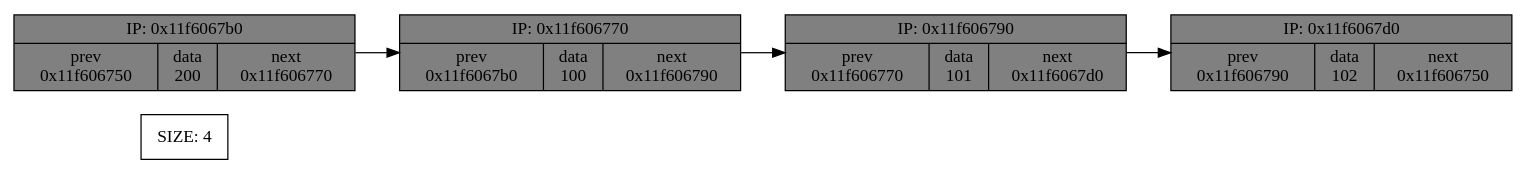
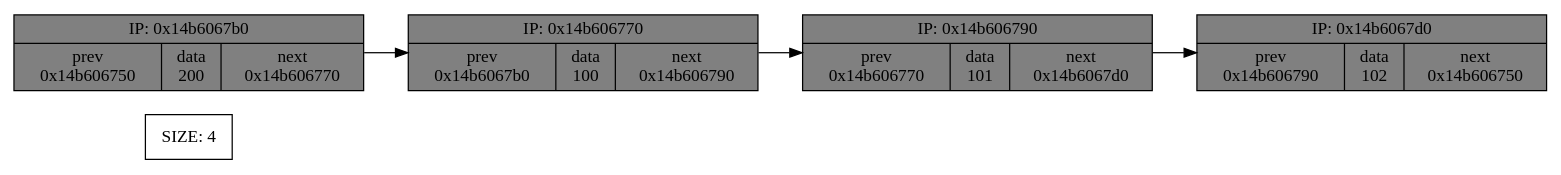
Before and after one commit to AlekseiSeverin03/list_pointer: the diagram in dump.dot, drawn with Graphviz. The commit also changed 3 other files, not shown here.

```diff
--- a/dump.dot
+++ b/dump.dot
@@ -1,13 +1,13 @@
 digraph List
 {
 	rankdir = LR;
 	size [shape = record, label = "SIZE: 4", fillcolor = "green"];
 node [shape = record, style = filled];
-p0x11f6067b0 [label = "IP: 0x11f6067b0 | { prev\n 0x11f606750 | data\n 200 | next\n0x11f606770 } ", fillcolor = "grey"];
-p0x11f606770 [label = "IP: 0x11f606770 | { prev\n 0x11f6067b0 | data\n 100 | next\n0x11f606790 } ", fillcolor = "grey"];
-p0x11f606790 [label = "IP: 0x11f606790 | { prev\n 0x11f606770 | data\n 101 | next\n0x11f6067d0 } ", fillcolor = "grey"];
-p0x11f6067d0 [label = "IP: 0x11f6067d0 | { prev\n 0x11f606790 | data\n 102 | next\n0x11f606750 } ", fillcolor = "grey"];
-	p0x11f6067b0->p0x11f606770 [color = "black", frontcolor = "", label = ""];
-	p0x11f606770->p0x11f606790 [color = "black", frontcolor = "", label = ""];
-	p0x11f606790->p0x11f6067d0 [color = "black", frontcolor = "", label = ""];
+p0x14b6067b0 [label = "IP: 0x14b6067b0 | { prev\n 0x14b606750 | data\n 200 | next\n0x14b606770 } ", fillcolor = "grey"];
+p0x14b606770 [label = "IP: 0x14b606770 | { prev\n 0x14b6067b0 | data\n 100 | next\n0x14b606790 } ", fillcolor = "grey"];
+p0x14b606790 [label = "IP: 0x14b606790 | { prev\n 0x14b606770 | data\n 101 | next\n0x14b6067d0 } ", fillcolor = "grey"];
+p0x14b6067d0 [label = "IP: 0x14b6067d0 | { prev\n 0x14b606790 | data\n 102 | next\n0x14b606750 } ", fillcolor = "grey"];
+	p0x14b6067b0->p0x14b606770 [color = "black", frontcolor = "", label = ""];
+	p0x14b606770->p0x14b606790 [color = "black", frontcolor = "", label = ""];
+	p0x14b606790->p0x14b6067d0 [color = "black", frontcolor = "", label = ""];
 }
```
